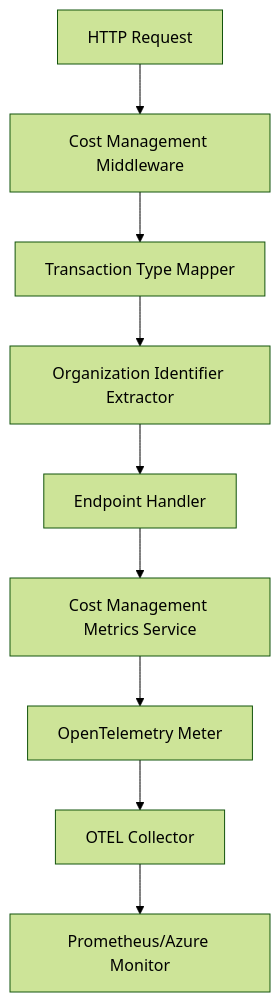
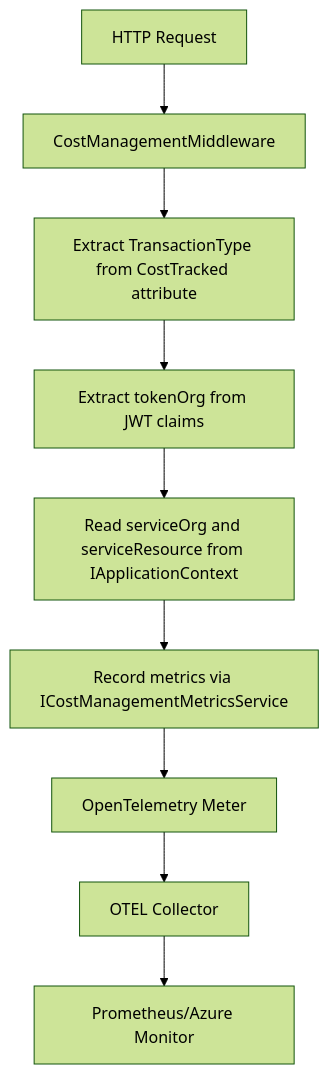
One commit to Altinn/dialogporten changed the diagram in docs/CostManagementMetrics.md. Above: the diagram before and after it, drawn with Mermaid (forest theme). The commit also changed other lines of this file and 1 other file, not shown here.

````diff
--- a/docs/CostManagementMetrics.md
+++ b/docs/CostManagementMetrics.md
@@ -20,11 +22,11 @@
 ```mermaid
-graph TD
-    A[HTTP Request] --> B[Cost Management Middleware]
-    B --> C[Transaction Type Mapper]
-    C --> D[Organization Identifier Extractor]
-    D --> E[Endpoint Handler]
-    E --> F[Cost Management Metrics Service]
+flowchart TD
+    A[HTTP Request] --> B[CostManagementMiddleware]
+    B --> C[Extract TransactionType from CostTracked attribute]
+    C --> D[Extract tokenOrg from JWT claims]
+    D --> E[Read serviceOrg and serviceResource from IApplicationContext]
+    E --> F[Record metrics via ICostManagementMetricsService]
     F --> G[OpenTelemetry Meter]
     G --> H[OTEL Collector]
     H --> I[Prometheus/Azure Monitor]
 ```
````
